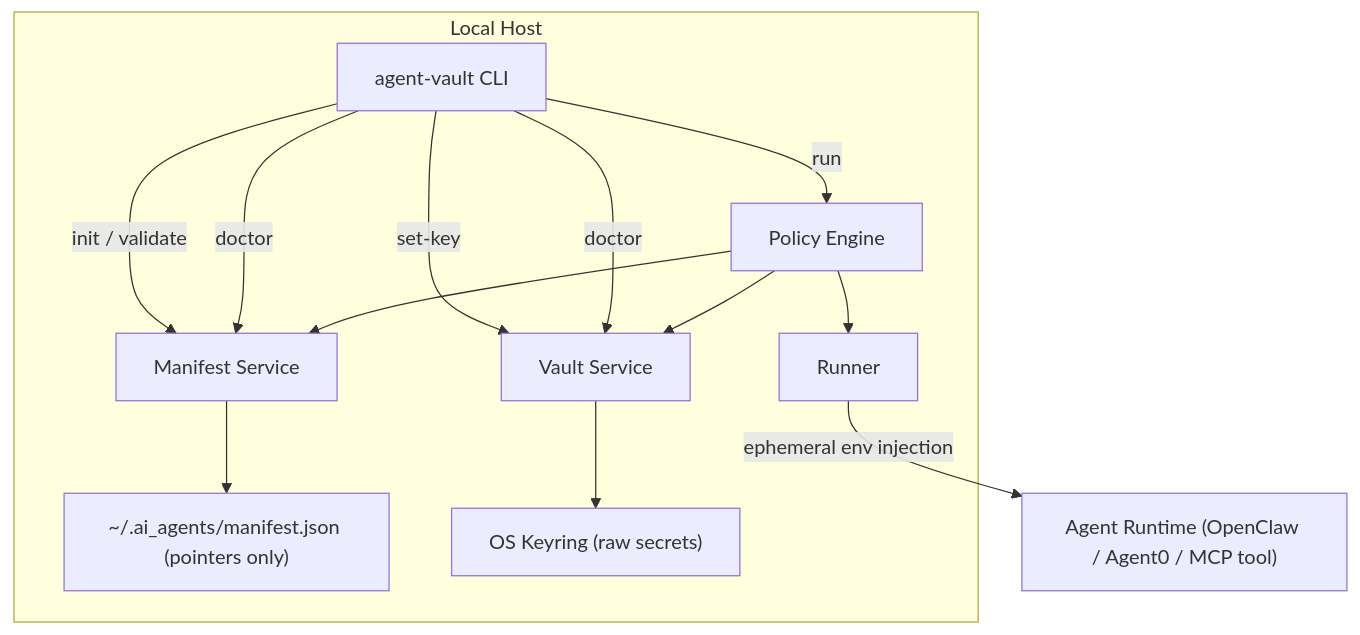
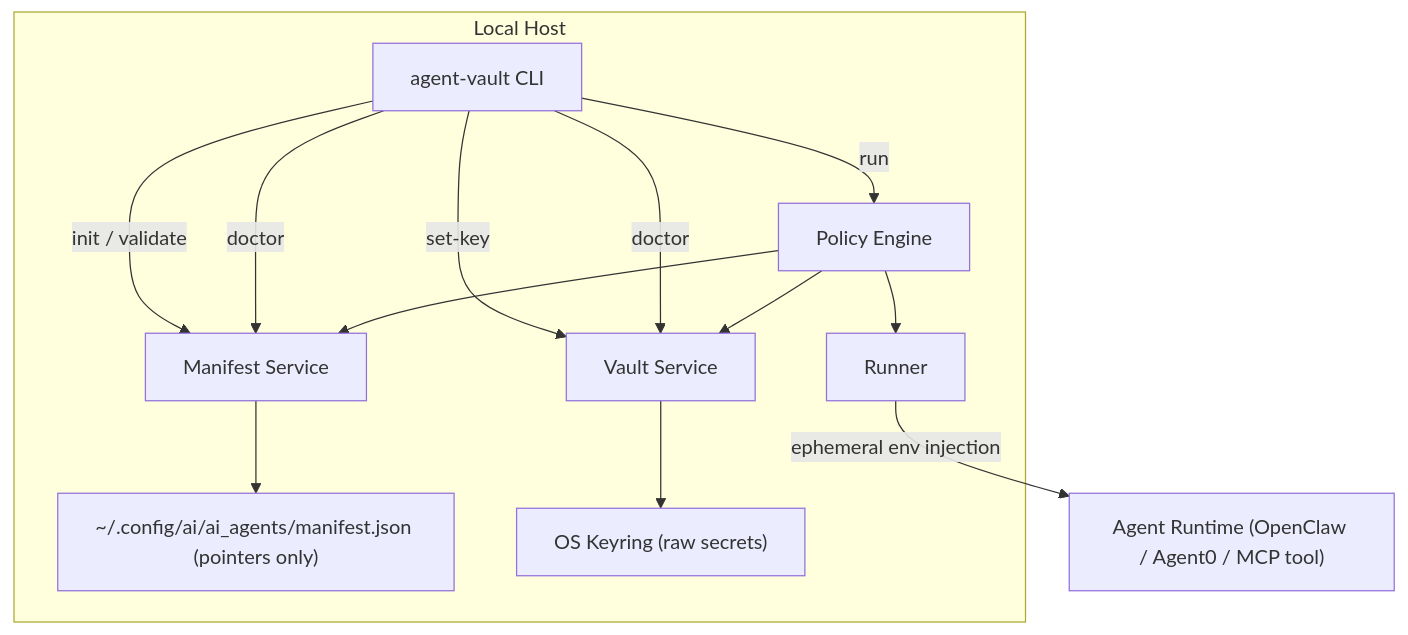
The diagram in README.md (thaloslab/archbot-secrets), drawn with Mermaid before and after one commit. The commit also changed other lines of this file and 6 other files, not shown here.

````diff
--- a/README.md
+++ b/README.md
@@ -133,27 +151,27 @@
 ```mermaid
 flowchart TB
   subgraph LocalHost["Local Host"]
     CLI["agent-vault CLI"]
     MS["Manifest Service"]
     PE["Policy Engine"]
     VS["Vault Service"]
     RN["Runner"]
-    MF["~/.ai_agents/manifest.json (pointers only)"]
+    MF["~/.config/ai/ai_agents/manifest.json (pointers only)"]
     OK["OS Keyring (raw secrets)"]
   end
 
   AG["Agent Runtime (OpenClaw / Agent0 / MCP tool)"]
 
   CLI -->|init / validate| MS
   CLI -->|set-key| VS
   CLI -->|doctor| MS
   CLI -->|doctor| VS
   CLI -->|run| PE
 
   MS --> MF
   PE --> MS
   PE --> VS
   VS --> OK
   PE --> RN
   RN -->|ephemeral env injection| AG
 ```
````
